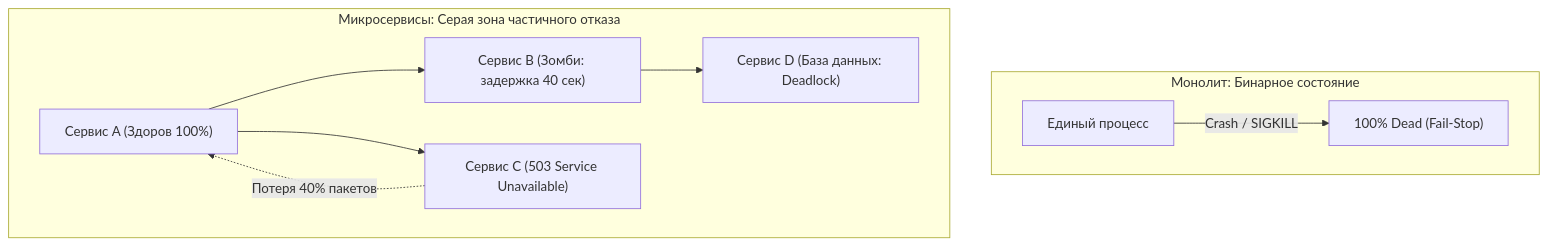
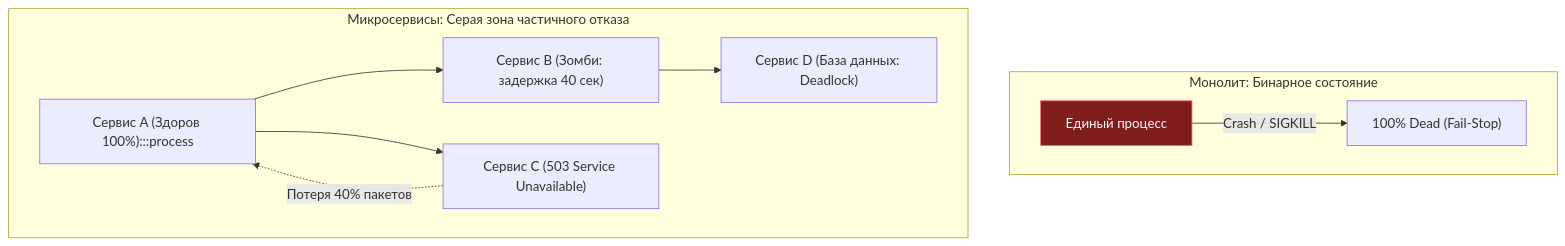
Before and after one commit to UnrealTemplier/go-textbook: the first of 4 diagrams in sources/14. Распределенные системы на Go/01. Основы/4. Partial failure.md, drawn with Mermaid. The commit also changed other lines of this file and 1666 other files, not shown here.

First line of the commit message:
feat(mermaid): add semantic color classDef to 1369 colorless flowchart/graph diagrams

````diff
--- a/sources/14. Распределенные системы на Go/01. Основы/4. Partial failure.md
+++ b/sources/14. Распределенные системы на Go/01. Основы/4. Partial failure.md
@@ -25,13 +25,23 @@
 ```mermaid
 flowchart TD
+    classDef process  fill:#1e293b,stroke:#38bdf8,stroke-width:1px,color:#f8fafc
+    classDef success  fill:#064e3b,stroke:#34d399,stroke-width:1px,color:#f8fafc
+    classDef error    fill:#7f1d1d,stroke:#f87171,stroke-width:1px,color:#f8fafc
+    classDef warning  fill:#78350f,stroke:#fbbf24,stroke-width:1px,color:#f8fafc
+    classDef entry    fill:#1e3a5f,stroke:#38bdf8,stroke-width:2px,color:#f8fafc
+    classDef aux      fill:#334155,stroke:#64748b,stroke-width:1px,color:#f8fafc
+    classDef system   fill:#312e81,stroke:#a78bfa,stroke-width:1px,color:#f8fafc
+    classDef data     fill:#132d29,stroke:#2dd4bf,stroke-width:1px,color:#f8fafc
+    classDef network  fill:#881337,stroke:#fb7185,stroke-width:1px,color:#f8fafc
+    classDef accent   fill:#1e1b4b,stroke:#818cf8,stroke-width:1px,color:#f8fafc
     subgraph "Монолит: Бинарное состояние"
-        M["Единый процесс"] -->|"Crash / SIGKILL"| Dead["100% Dead (Fail-Stop)"]
+        M["Единый процесс"]:::error -->|"Crash / SIGKILL"| Dead["100% Dead (Fail-Stop)"]
     end
 
     subgraph "Микросервисы: Серая зона частичного отказа"
-        S1["Сервис A (Здоров 100%)"] --> S2["Сервис B (Зомби: задержка 40 сек)"]
+        S1["Сервис A (Здоров 100%):::process"] --> S2["Сервис B (Зомби: задержка 40 сек)"]
         S1 --> S3["Сервис C (503 Service Unavailable)"]
         S2 --> S4["Сервис D (База данных: Deadlock)"]
         S3 -.->|"Потеря 40% пакетов"| S1
     end
 ```
````
